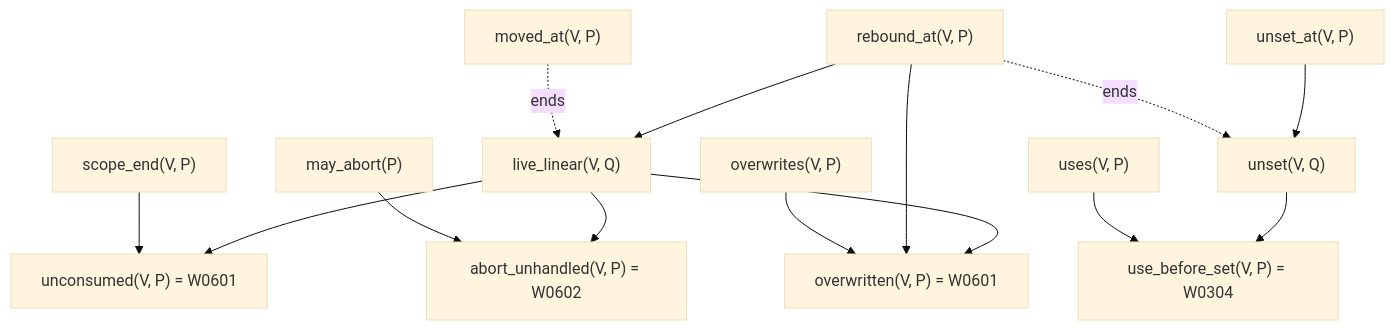
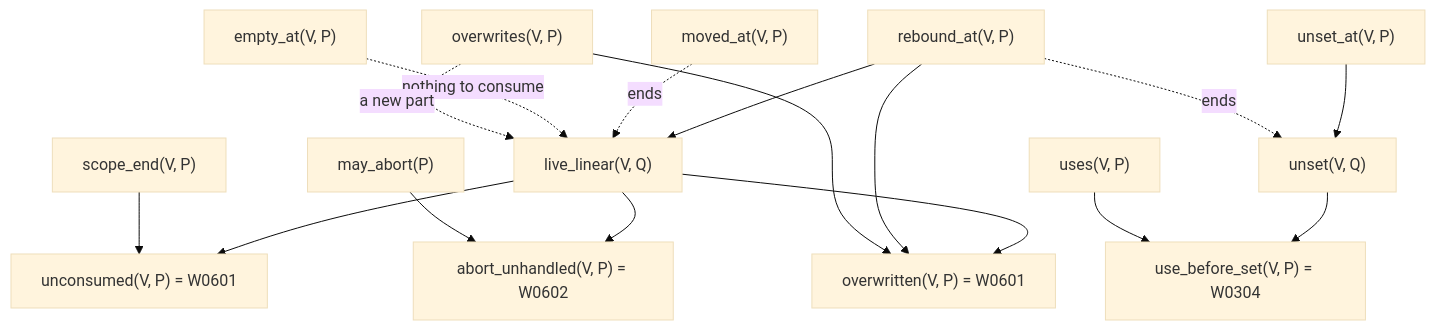
The third of 3 diagrams in docs/architecture.md (madmax983/weft), drawn with Mermaid (base theme) before and after one commit. The commit also changed other lines of this file and 15 other files, not shown here.

````diff
--- a/docs/architecture.md
+++ b/docs/architecture.md
@@ -41,15 +41,17 @@
 ```mermaid
 flowchart TD
     bind["rebound_at(V, P)"] --> live["live_linear(V, Q)"]
     moved["moved_at(V, P)"] -. "ends" .-> live
+    empty["empty_at(V, P)"] -. "nothing to consume" .-> live
+    over["overwrites(V, P)"] -. "a new part" .-> live
     live --> unc["unconsumed(V, P) = W0601"]
     send["scope_end(V, P)"] --> unc
     live --> ow["overwritten(V, P) = W0601"]
     bind --> ow
     over["overwrites(V, P)"] --> ow
     live --> ab["abort_unhandled(V, P) = W0602"]
     abort["may_abort(P)"] --> ab
     decl["unset_at(V, P)"] --> unset["unset(V, Q)"] --> ubs["use_before_set(V, P) = W0304"]
     bind -. "ends" .-> unset
     uses["uses(V, P)"] --> ubs
 ```
````
